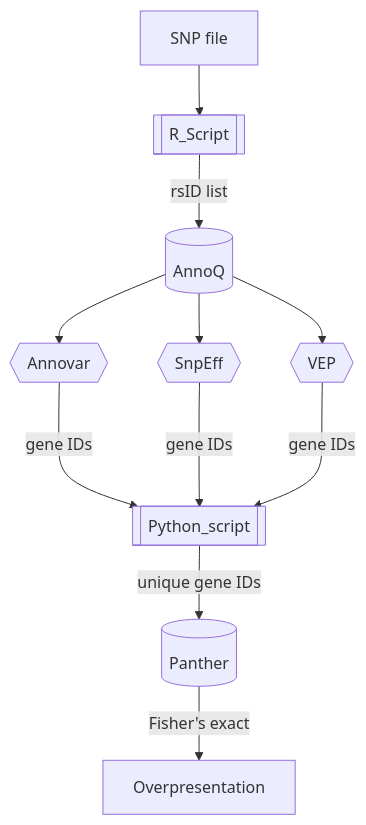
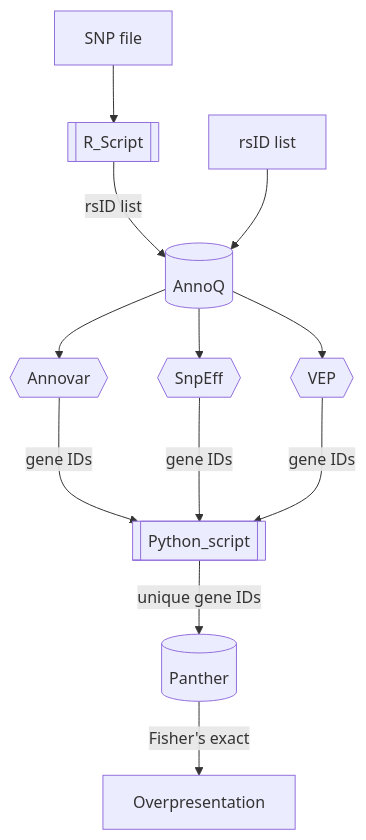
The diagram in README.md (quemeb/From_SNP_to_overrepresentation), drawn with Mermaid before and after one commit.

````diff
--- a/README.md
+++ b/README.md
@@ -5,14 +5,15 @@
 ```mermaid
 flowchart TD
 
 A[SNP file] --> B[[R_Script]]
 B --> |rsID list| C[(AnnoQ)]
+Z[rsID list] --> C
 C --> D{{Annovar}} & E{{SnpEff}} & F{{VEP}}
 D & E & F ---> |gene IDs| G[[Python_script]] 
 G --> |unique gene IDs| H[(Panther)]
 H --> |Fisher's exact|I[Overpresentation]
 
 click C "http://annoq.org/" _blank
 click H "http://pantherdb.org/" _blank
 
 ```
````
